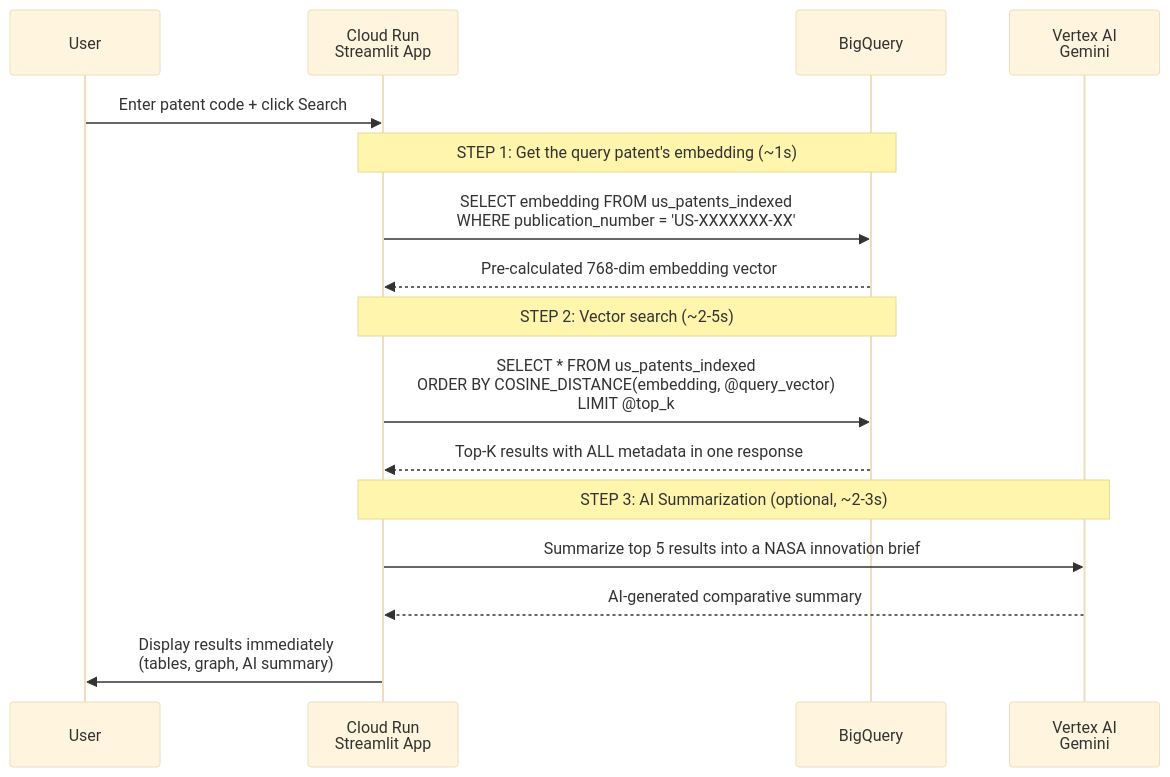
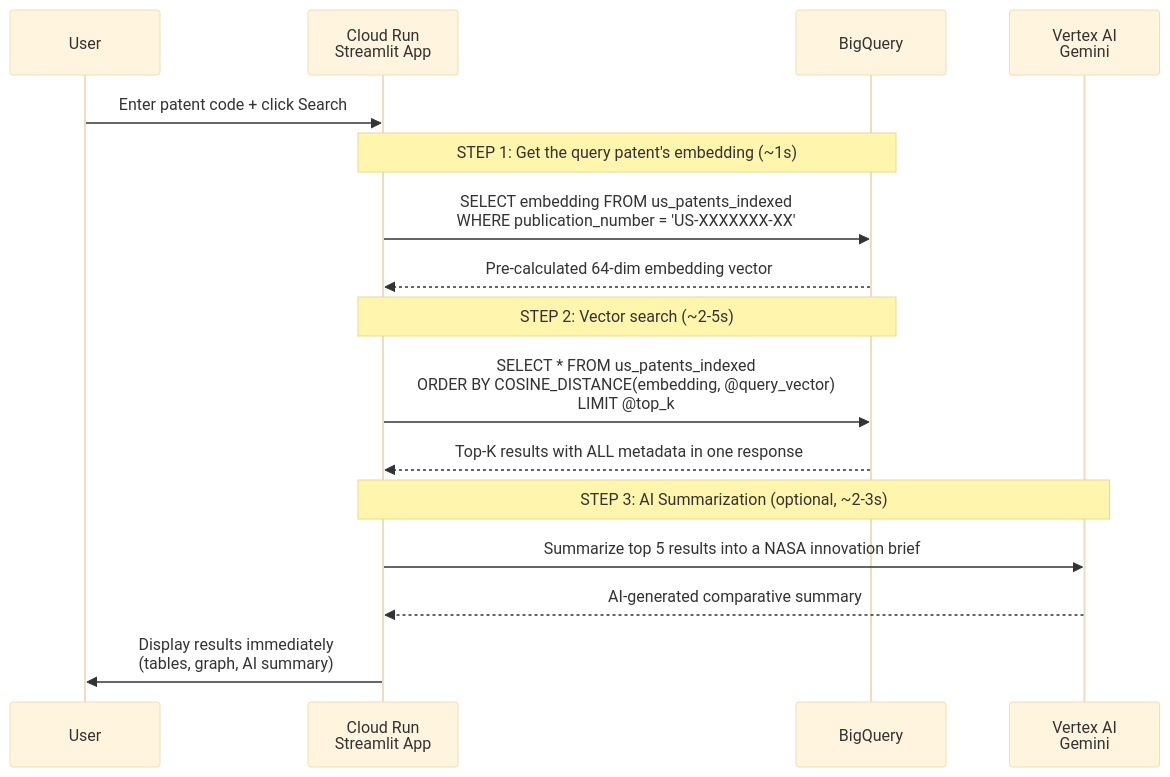
The ninth of 14 diagrams in ARCHITECTURE_ANALYSIS.md (hmshimanyula1995/nasa-patent-search), drawn with Mermaid (base theme) before and after one commit. The commit also changed other lines of this file, not shown here.

First line of the commit message:
Sync ARCHITECTURE_ANALYSIS.md with current architecture

````diff
--- a/ARCHITECTURE_ANALYSIS.md
+++ b/ARCHITECTURE_ANALYSIS.md
@@ -396,23 +400,23 @@
 ```mermaid
 sequenceDiagram
     participant User
     participant Streamlit as Cloud Run<br/>Streamlit App
     participant BQ as BigQuery
     participant Vertex as Vertex AI<br/>Gemini
 
     User->>Streamlit: Enter patent code + click Search
 
     Note over Streamlit,BQ: STEP 1: Get the query patent's embedding (~1s)
     Streamlit->>BQ: SELECT embedding FROM us_patents_indexed<br/>WHERE publication_number = 'US-XXXXXXX-XX'
-    BQ-->>Streamlit: Pre-calculated 768-dim embedding vector
+    BQ-->>Streamlit: Pre-calculated 64-dim embedding vector
 
     Note over Streamlit,BQ: STEP 2: Vector search (~2-5s)
     Streamlit->>BQ: SELECT * FROM us_patents_indexed<br/>ORDER BY COSINE_DISTANCE(embedding, @query_vector)<br/>LIMIT @top_k
     BQ-->>Streamlit: Top-K results with ALL metadata in one response
 
     Note over Streamlit,Vertex: STEP 3: AI Summarization (optional, ~2-3s)
     Streamlit->>Vertex: Summarize top 5 results into a NASA innovation brief
     Vertex-->>Streamlit: AI-generated comparative summary
 
     Streamlit->>User: Display results immediately<br/>(tables, graph, AI summary)
 ```
````
